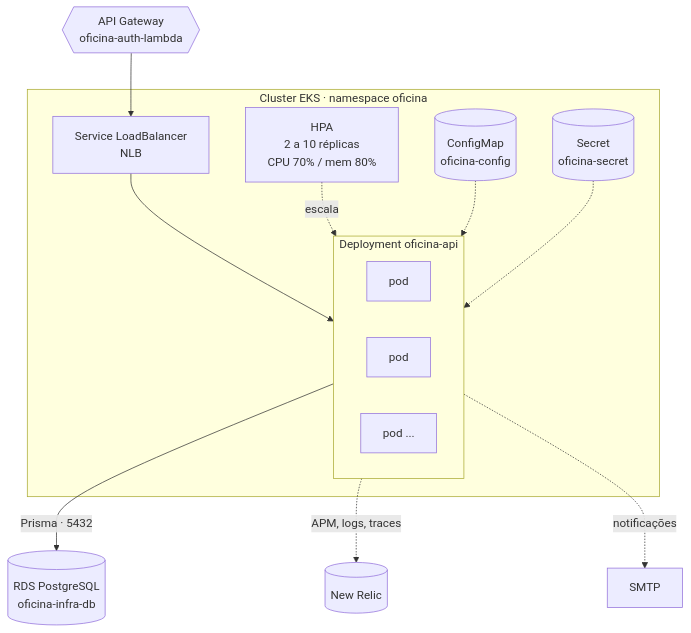
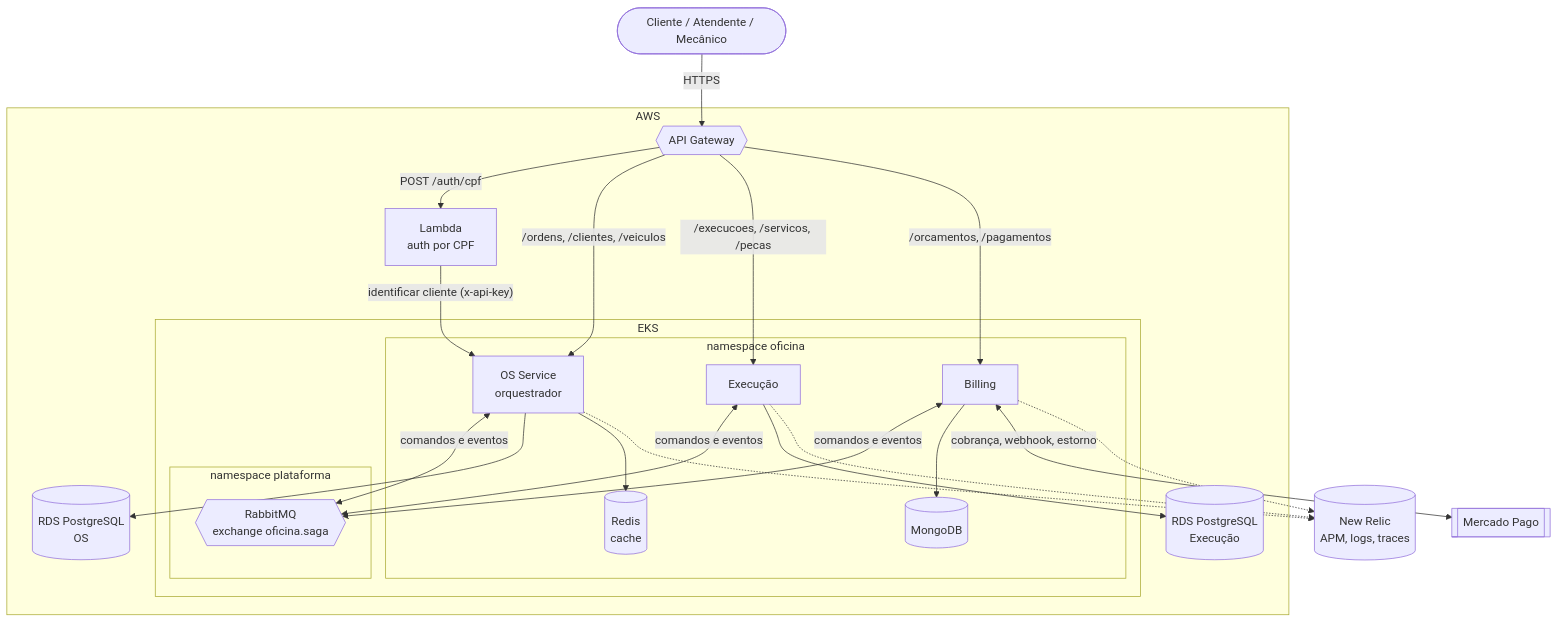
One commit to Xikin/tech_challenge changed the diagram in README.md. Above: the diagram before and after it, drawn with Mermaid. The commit also changed other lines of this file and 131 other files, not shown here.

Commit message:
feat!: transformar a API no OS Service, orquestrador da saga

````diff
--- a/README.md
+++ b/README.md
@@ -22,30 +20,48 @@
 ```mermaid
 flowchart TB
-    gw{{"API Gateway<br/>oficina-auth-lambda"}}
+    cliente(["Cliente / Atendente / Mecânico"])
+    mp[["Mercado Pago"]]
+    nr[("New Relic<br/>APM, logs, traces")]
 
-    subgraph eks["Cluster EKS · namespace oficina"]
-        nlb["Service LoadBalancer<br/>NLB"]
+    subgraph aws["AWS"]
+        gw{{"API Gateway"}}
+        lambda["Lambda<br/>auth por CPF"]
 
-        subgraph dep["Deployment oficina-api"]
-            p1["pod"]
-            p2["pod"]
-            p3["pod ..."]
+        subgraph eks["EKS"]
+            subgraph ns["namespace oficina"]
+                os["OS Service<br/>orquestrador"]
+                ex["Execução"]
+                bi["Billing"]
+                redis[("Redis<br/>cache")]
+                mongo[("MongoDB")]
+            end
+            subgraph plat["namespace plataforma"]
+                mq{{"RabbitMQ<br/>exchange oficina.saga"}}
+            end
         end
 
-        hpa["HPA<br/>2 a 10 réplicas<br/>CPU 70% / mem 80%"]
-        cm[("ConfigMap<br/>oficina-config")]
-        sec[("Secret<br/>oficina-secret")]
+        rdsos[("RDS PostgreSQL<br/>OS")]
+        rdsex[("RDS PostgreSQL<br/>Execução")]
     end
 
-    rds[("RDS PostgreSQL<br/>oficina-infra-db")]
-    nr[("New Relic")]
-    smtp["SMTP"]
+    cliente -->|HTTPS| gw
+    gw -->|"POST /auth/cpf"| lambda
+    gw -->|"/ordens, /clientes, /veiculos"| os
+    gw -->|"/execucoes, /servicos, /pecas"| ex
+    gw -->|"/orcamentos, /pagamentos"| bi
+    lambda -->|"identificar cliente (x-api-key)"| os
 
-    gw --> nlb --> dep
-    hpa -.->|"escala"| dep
-    cm -.-> dep
-    sec -.-> dep
-    dep -->|"Prisma · 5432"| rds
-    dep -.->|"APM, logs, traces"| nr
-    dep -.->|"notificações"| smtp
+    os <-->|comandos e eventos| mq
+    ex <-->|comandos e eventos| mq
+    bi <-->|comandos e eventos| mq
+
+    os --> rdsos
+    os --> redis
+    ex --> rdsex
+    bi --> mongo
+    bi <-->|"cobrança, webhook, estorno"| mp
+
+    os -.-> nr
+    ex -.-> nr
+    bi -.-> nr
 ```
````
